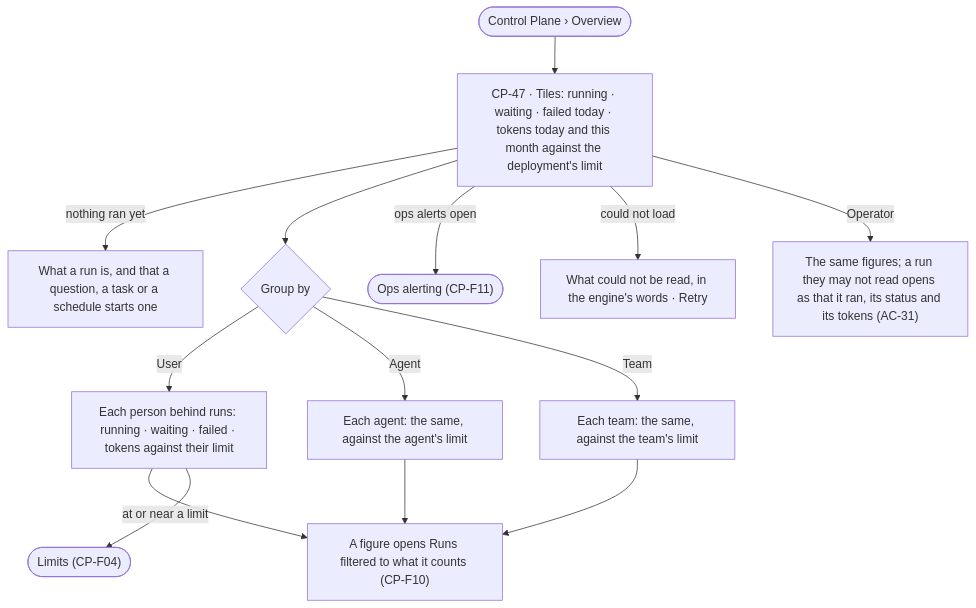
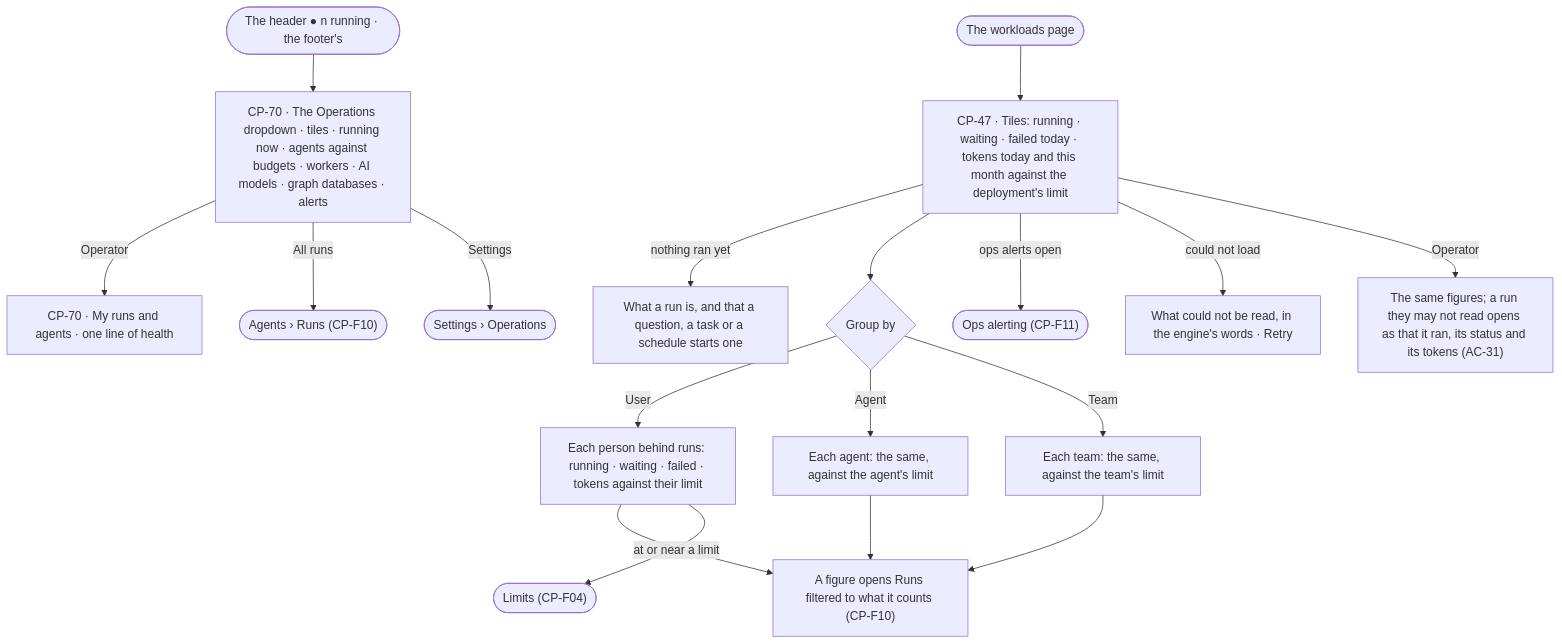
Before and after one commit to invana/invana: the diagram in specs/os/control/features/CP-F09-overview/feature.md, drawn with Mermaid. The commit also changed other lines of this file and 106 other files, not shown here.

````diff
--- a/specs/os/control/features/CP-F09-overview/feature.md
+++ b/specs/os/control/features/CP-F09-overview/feature.md
@@ -24,16 +26,20 @@
 ```mermaid
 flowchart TD
-  s([Control Plane › Overview]) --> o["CP-47 · Tiles: running · waiting · failed today · tokens today and this month against the deployment's limit"]
+  h([The header ● n running · the footer's]) --> od["CP-70 · The Operations dropdown · tiles · running now · agents against budgets · workers · AI models · graph databases · alerts"]
+  od -->|Operator| odo["CP-70 · My runs and agents · one line of health"]
+  od -->|All runs| runs(["Agents › Runs (CP-F10)"])
+  od -->|Settings| set(["Settings › Operations"])
+  s([The workloads page]) --> o["CP-47 · Tiles: running · waiting · failed today · tokens today and this month against the deployment's limit"]
   o -->|nothing ran yet| e["What a run is, and that a question, a task or a schedule starts one"]
   o --> g{"Group by"}
   g -->|User| u["Each person behind runs: running · waiting · failed · tokens against their limit"]
   g -->|Agent| a["Each agent: the same, against the agent's limit"]
   g -->|Team| t["Each team: the same, against the team's limit"]
   u --> f["A figure opens Runs filtered to what it counts (CP-F10)"]
   a --> f
   t --> f
   o -->|ops alerts open| al(["Ops alerting (CP-F11)"])
   u -->|at or near a limit| lim(["Limits (CP-F04)"])
   o -->|could not load| fl["What could not be read, in the engine's words · Retry"]
   o -->|Operator| op["The same figures; a run they may not read opens as that it ran, its status and its tokens (AC-31)"]
 ```
````
